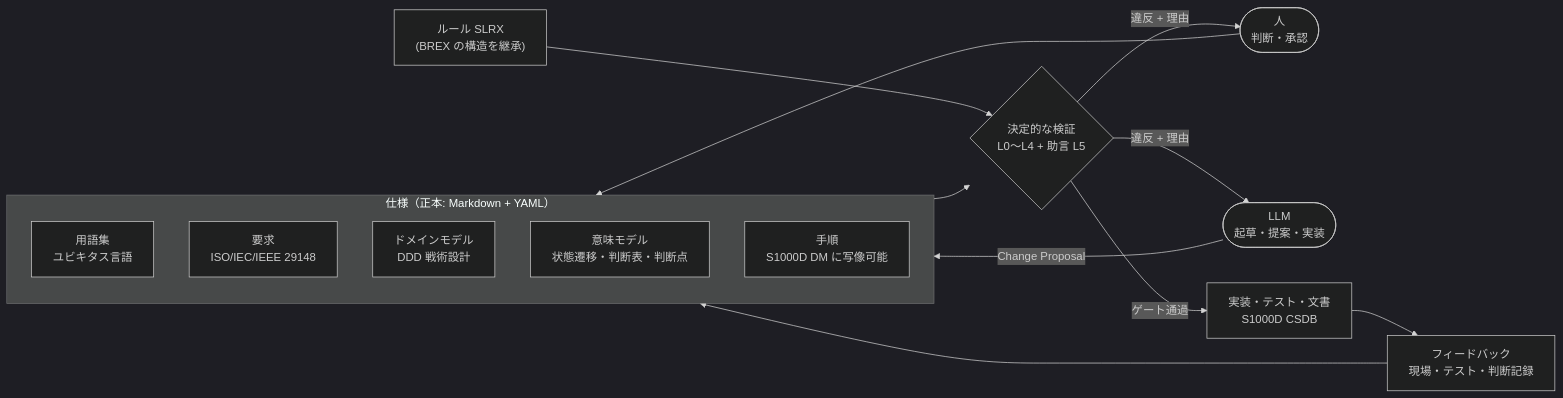
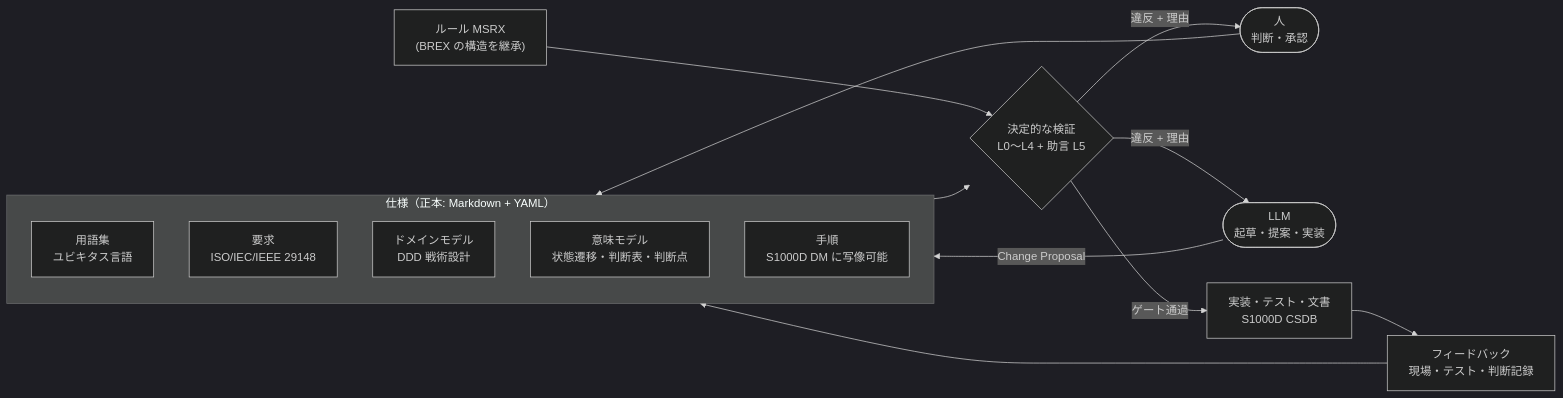
Before and after one commit to shuji-bonji/mutualspec: the diagram in README.md, drawn with Mermaid (dark theme). The commit also changed other lines of this file and 86 other files, not shown here.

````diff
--- a/README.md
+++ b/README.md
@@ -20,27 +22,27 @@
 ```mermaid
 flowchart LR
   subgraph SPEC["仕様（正本: Markdown + YAML）"]
     direction TB
     G["用語集<br/>ユビキタス言語"]
     R["要求<br/>ISO/IEC/IEEE 29148"]
     M["ドメインモデル<br/>DDD 戦術設計"]
     S["意味モデル<br/>状態遷移・判断表・判断点"]
     P["手順<br/>S1000D DM に写像可能"]
   end
-  RULES["ルール SLRX<br/>(BREX の構造を継承)"]
+  RULES["ルール MSRX<br/>(BREX の構造を継承)"]
   V{"決定的な検証<br/>L0〜L4 + 助言 L5"}
   H(["人<br/>判断・承認"])
   L(["LLM<br/>起草・提案・実装"])
   OUT["実装・テスト・文書<br/>S1000D CSDB"]
   FB["フィードバック<br/>現場・テスト・判断記録"]
 
   H --> SPEC
   L -->|Change Proposal| SPEC
   SPEC --> V
   RULES --> V
   V -->|違反 + 理由| H
   V -->|違反 + 理由| L
   V -->|ゲート通過| OUT
   OUT --> FB
   FB --> SPEC
 ```
````
